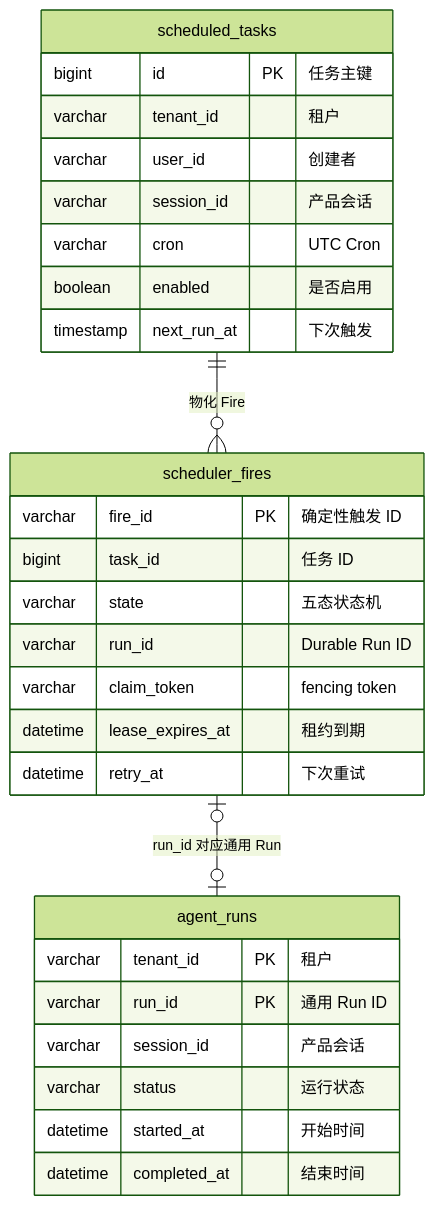
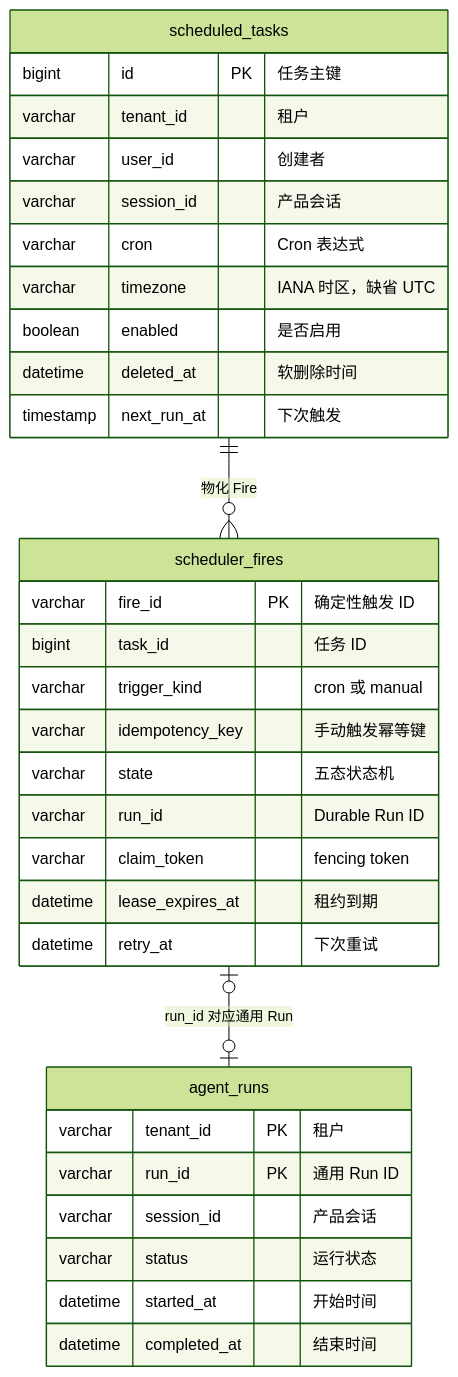
The fourth of 4 diagrams in docs/design/08-scheduler.md (Wpxknight/agentdemo), drawn with Mermaid (forest theme) before and after one commit. The commit also changed other lines of this file and 55 other files, not shown here.

````diff
--- a/docs/design/08-scheduler.md
+++ b/docs/design/08-scheduler.md
@@ -270,33 +285,37 @@
 ```mermaid
 erDiagram
   direction TB
   scheduled_tasks ||--o{ scheduler_fires : "物化 Fire"
   scheduler_fires o|--o| agent_runs : "run_id 对应通用 Run"
 
   scheduled_tasks {
     bigint id PK "任务主键"
     varchar tenant_id "租户"
     varchar user_id "创建者"
     varchar session_id "产品会话"
-    varchar cron "UTC Cron"
+    varchar cron "Cron 表达式"
+    varchar timezone "IANA 时区，缺省 UTC"
     boolean enabled "是否启用"
+    datetime deleted_at "软删除时间"
     timestamp next_run_at "下次触发"
   }
   scheduler_fires {
     varchar fire_id PK "确定性触发 ID"
     bigint task_id "任务 ID"
+    varchar trigger_kind "cron 或 manual"
+    varchar idempotency_key "手动触发幂等键"
     varchar state "五态状态机"
     varchar run_id "Durable Run ID"
     varchar claim_token "fencing token"
     datetime lease_expires_at "租约到期"
     datetime retry_at "下次重试"
   }
   agent_runs {
     varchar tenant_id PK "租户"
     varchar run_id PK "通用 Run ID"
     varchar session_id "产品会话"
     varchar status "运行状态"
     datetime started_at "开始时间"
     datetime completed_at "结束时间"
   }
 ```
````
